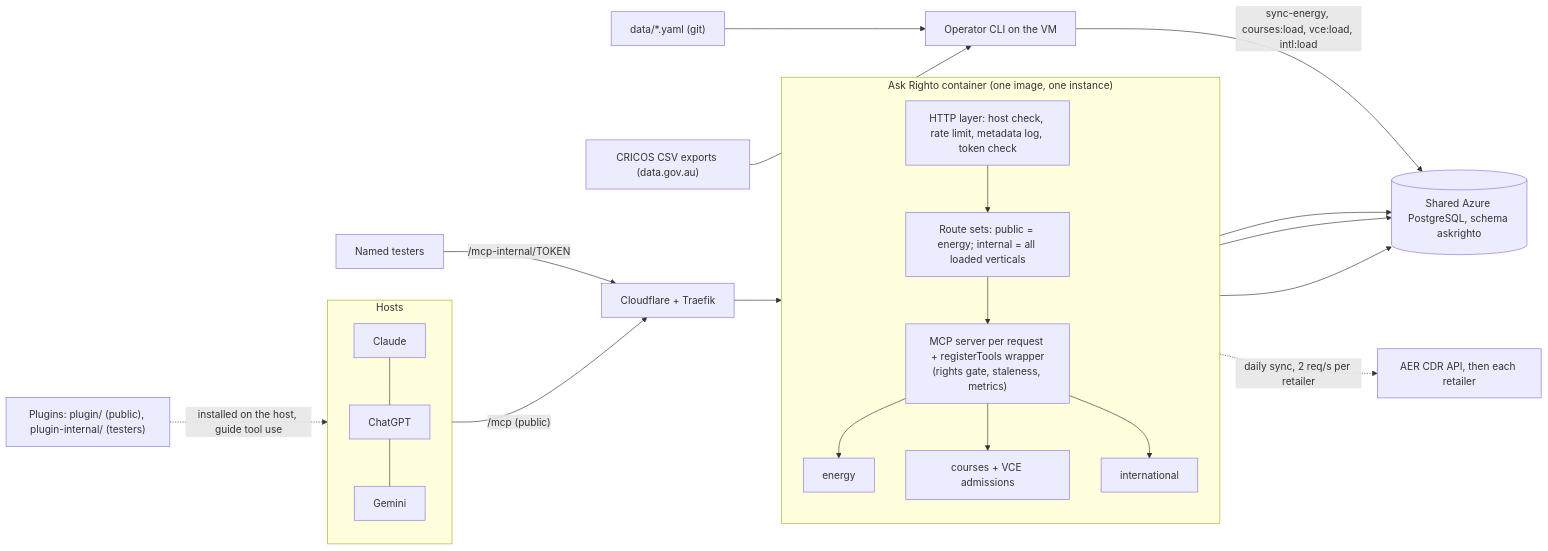
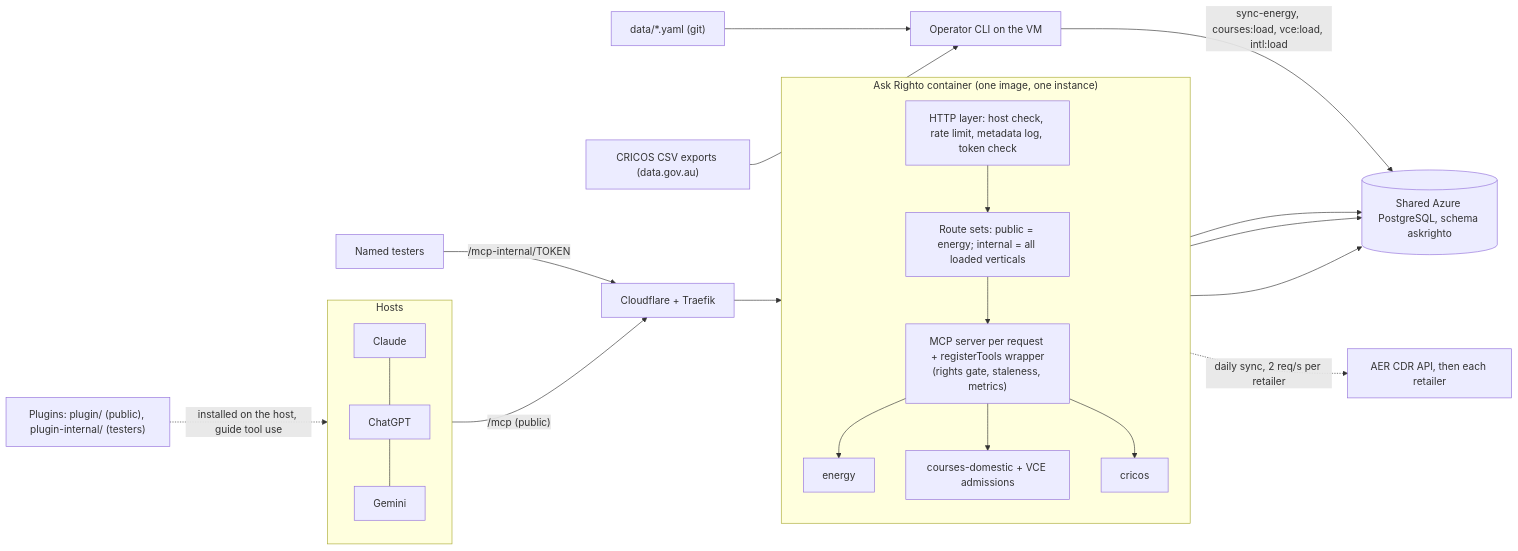
One commit to feimacode/askrighto changed the diagram in docs/architecture.md. Above: the diagram before and after it, drawn with Mermaid. The commit also changed other lines of this file and 15 other files, not shown here.

````diff
--- a/docs/architecture.md
+++ b/docs/architecture.md
@@ -39,26 +39,26 @@
 ```mermaid
 flowchart LR
   subgraph Hosts
     C[Claude] --- X[ChatGPT] --- G[Gemini]
   end
   Hosts -->|"/mcp (public)"| T[Cloudflare + Traefik]
   Testers["Named testers"] -->|"/mcp-internal/TOKEN"| T
   T --> S
   subgraph S["Ask Righto container (one image, one instance)"]
     direction TB
     H["HTTP layer: host check, rate limit, metadata log, token check"]
     R["Route sets: public = energy; internal = all loaded verticals"]
     M["MCP server per request + registerTools wrapper<br/>(rights gate, staleness, metrics)"]
     V1["energy"]
-    V2["courses + VCE admissions"]
-    V3["international"]
+    V2["courses-domestic + VCE admissions"]
+    V3["cricos"]
     H --> R --> M
     M --> V1 & V2 & V3
   end
   V1 & V2 & V3 --> P[("Shared Azure PostgreSQL, schema askrighto")]
   V1 -. "daily sync, 2 req/s per retailer" .-> A[AER CDR API, then each retailer]
   Ops["Operator CLI on the VM"] -->|"sync-energy, courses:load, vce:load, intl:load"| P
   Files["data/*.yaml (git)"] --> Ops
   CRICOS["CRICOS CSV exports (data.gov.au)"] --> Ops
   Skills["Plugins: plugin/ (public), plugin-internal/ (testers)"] -.->|"installed on the host, guide tool use"| Hosts
 ```
````
